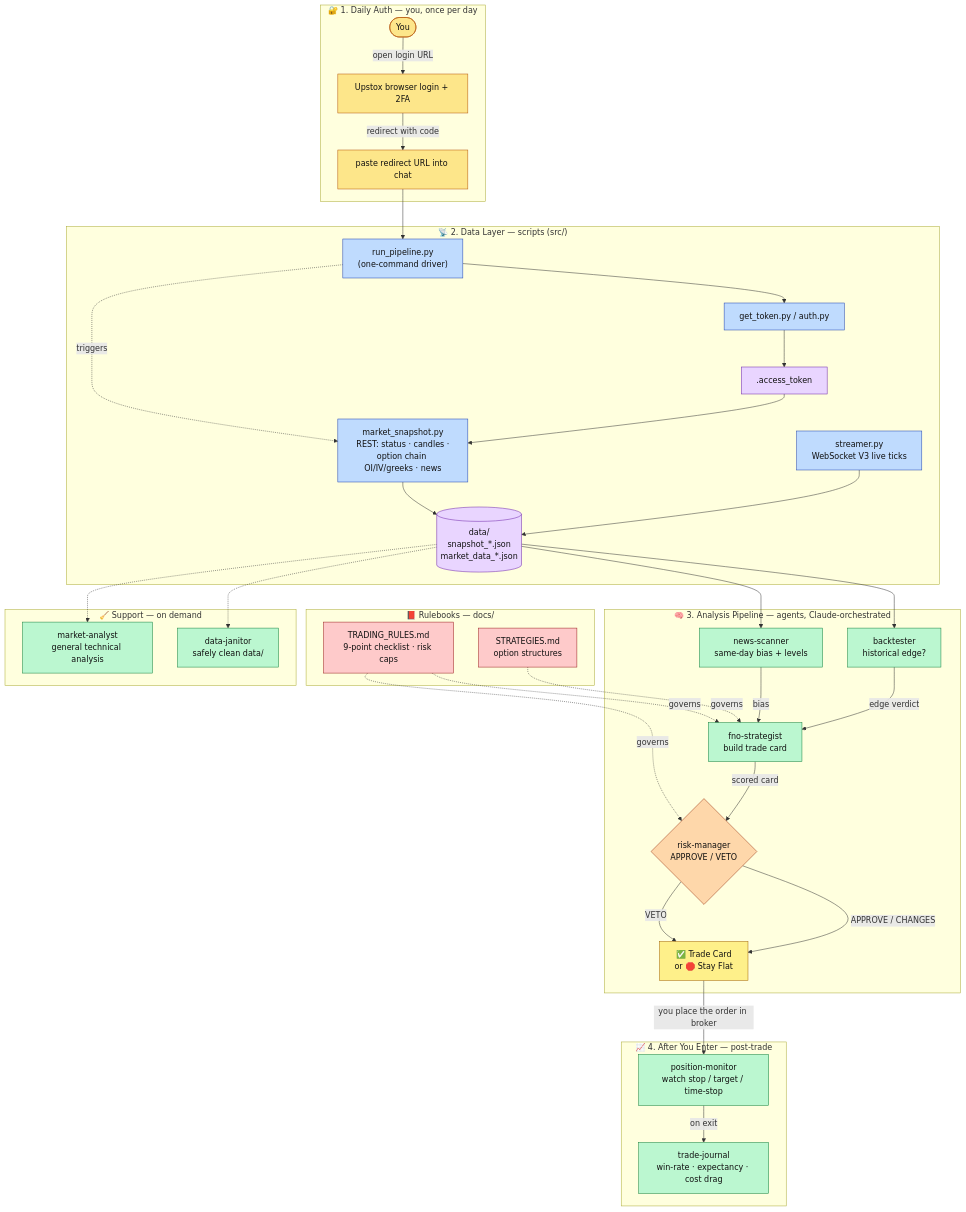
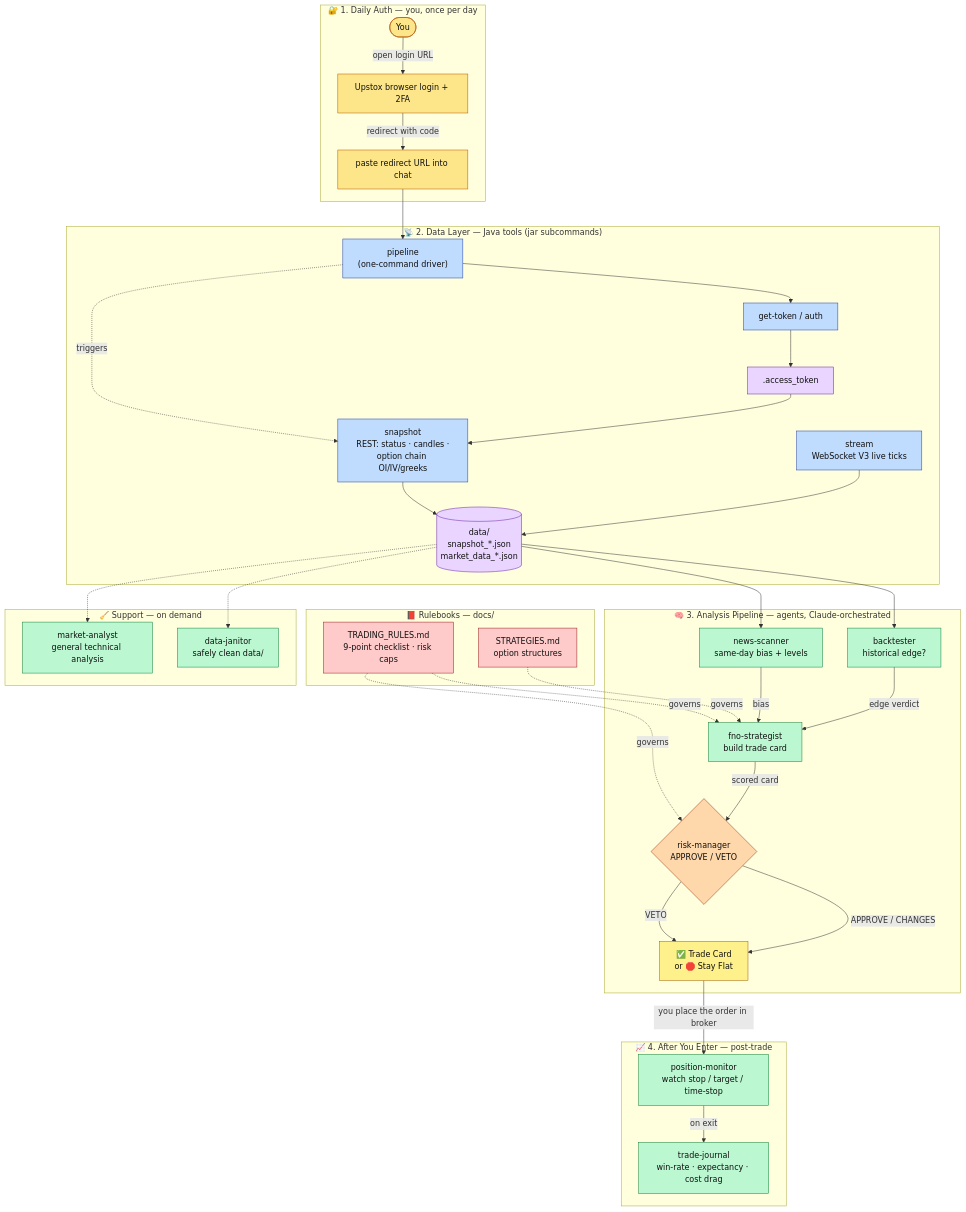
The diagram in docs/WORKFLOW.md (zaheenmunshi/upstox-fno-pipeline), drawn with Mermaid before and after one commit. The commit also changed other lines of this file and 39 other files, not shown here.

```diff
--- a/docs/WORKFLOW.md
+++ b/docs/WORKFLOW.md
@@ -18,12 +18,12 @@
     end
 
     %% ===== 2. DATA LAYER =====
-    subgraph DATA["📡 2. Data Layer — scripts (src/)"]
-        RP["run_pipeline.py<br/>(one-command driver)"]
-        GT["get_token.py / auth.py"]
+    subgraph DATA["📡 2. Data Layer — Java tools (jar subcommands)"]
+        RP["pipeline<br/>(one-command driver)"]
+        GT["get-token / auth"]
         TOK[".access_token"]
-        MS["market_snapshot.py<br/>REST: status · candles ·<br/>option chain OI/IV/greeks · news"]
-        ST["streamer.py<br/>WebSocket V3 live ticks"]
+        MS["snapshot<br/>REST: status · candles ·<br/>option chain OI/IV/greeks"]
+        ST["stream<br/>WebSocket V3 live ticks"]
         DDIR[("data/<br/>snapshot_*.json<br/>market_data_*.json")]
     end
 
```
